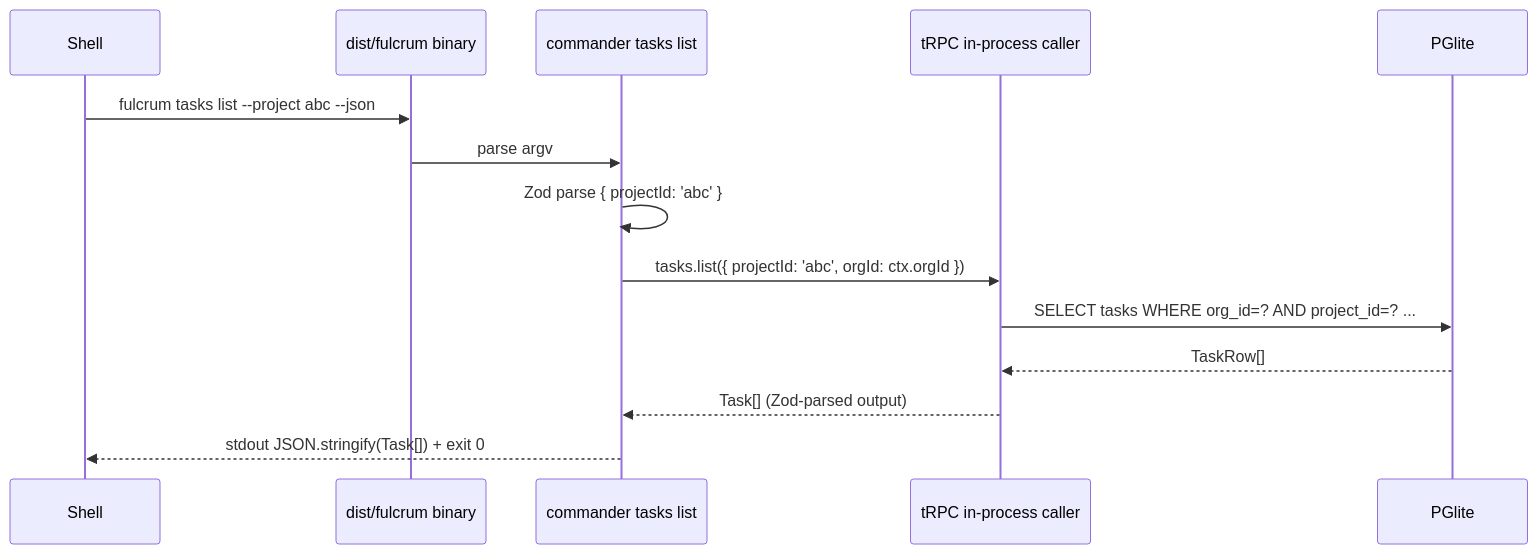
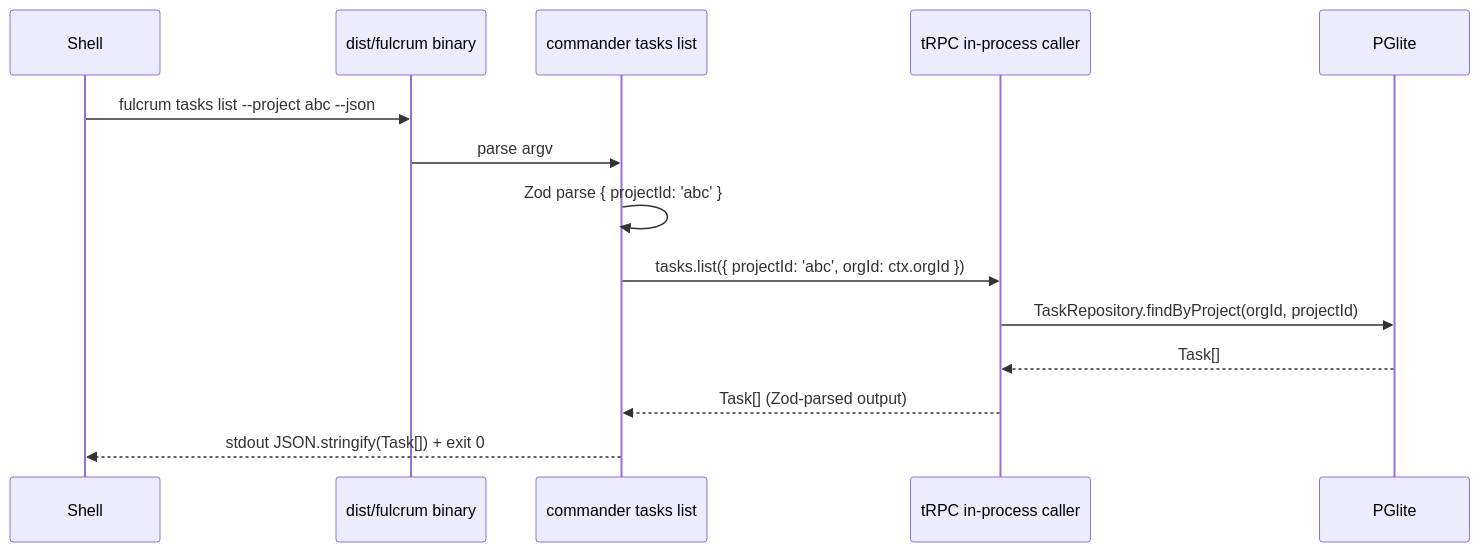
One commit to moabualruz/fulcrum changed the second of 4 diagrams in .scratch/agent-os-vision/prds/14-cli-codegen.md. Above: the diagram before and after it, drawn with Mermaid. The commit also changed other lines of this file and 20 other files, not shown here.

````diff
--- a/.scratch/agent-os-vision/prds/14-cli-codegen.md
+++ b/.scratch/agent-os-vision/prds/14-cli-codegen.md
@@ -199,17 +205,17 @@
 ```mermaid
 sequenceDiagram
     participant Shell
     participant BIN as dist/fulcrum binary
     participant CMD as commander tasks list
     participant TRPC as tRPC in-process caller
     participant PG as PGlite
 
     Shell->>BIN: fulcrum tasks list --project abc --json
     BIN->>CMD: parse argv
     CMD->>CMD: Zod parse { projectId: 'abc' }
     CMD->>TRPC: tasks.list({ projectId: 'abc', orgId: ctx.orgId })
-    TRPC->>PG: SELECT tasks WHERE org_id=? AND project_id=? ...
-    PG-->>TRPC: TaskRow[]
+    TRPC->>PG: TaskRepository.findByProject(orgId, projectId)
+    PG-->>TRPC: Task[]
     TRPC-->>CMD: Task[] (Zod-parsed output)
     CMD-->>Shell: stdout JSON.stringify(Task[]) + exit 0
 ```
````
